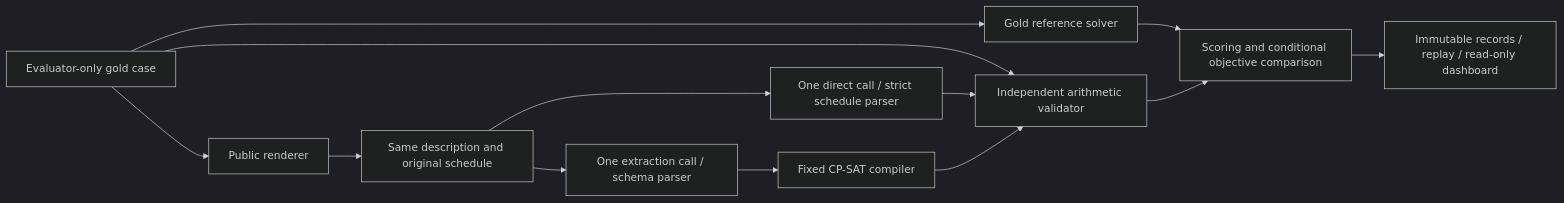
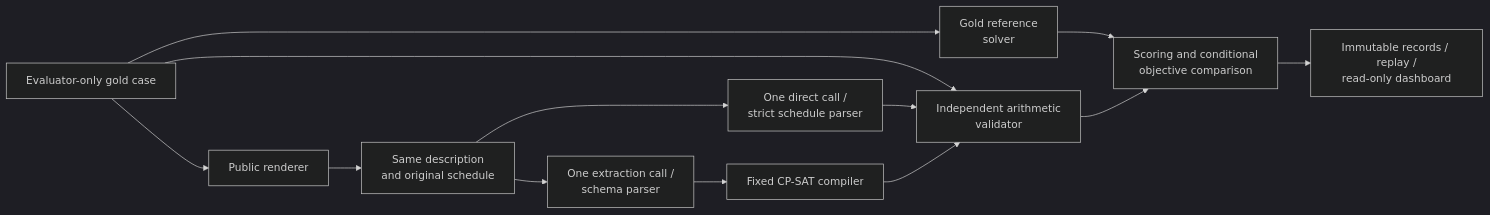
The diagram in docs/submission-report.md (JellyPenguinnn/cs3263_group23), drawn with Mermaid (dark theme) before and after one commit. The commit also changed 7 other files, not shown here.

Commit message:
Improve diagram label wrapping and report arrow readability

````diff
--- a/docs/submission-report.md
+++ b/docs/submission-report.md
@@ -52,15 +52,15 @@
 ```mermaid
 flowchart LR
   G[Evaluator-only gold case] --> R[Public renderer]
-  R --> V[Same description and original schedule]
-  V --> A[One direct call / strict schedule parser]
-  V --> B[One extraction call / schema parser]
+  R --> V[Same description<br/>and original schedule]
+  V --> A[One direct call /<br/>strict schedule parser]
+  V --> B[One extraction call /<br/>schema parser]
   B --> S[Fixed CP-SAT compiler]
-  G --> O[Gold reference solver]
-  G --> I[Independent arithmetic validator]
+  G --> O[Gold reference<br/>solver]
+  G --> I[Independent arithmetic<br/>validator]
   A --> I
   S --> I
-  O --> E[Scoring and conditional objective comparison]
+  O --> E[Scoring and conditional<br/>objective comparison]
   I --> E
-  E --> D[Immutable records / replay / read-only dashboard]
+  E --> D[Immutable records / replay /<br/>read-only dashboard]
 ```
````
